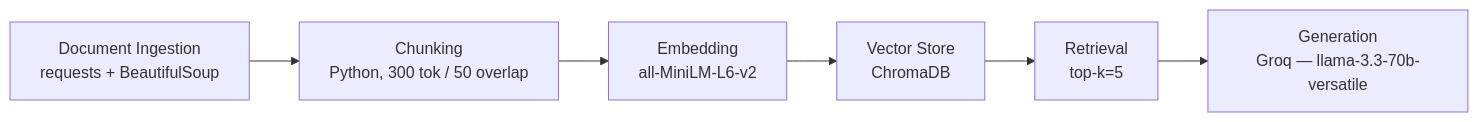
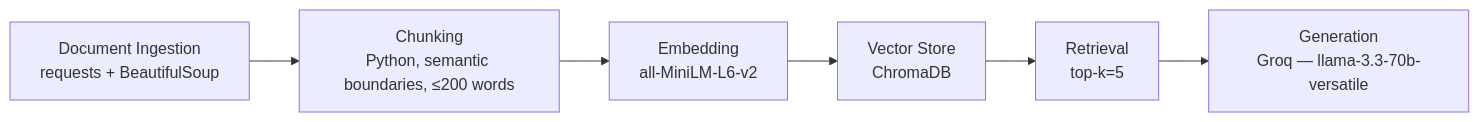
One commit to linneacastro/ai201-project1-unofficial-guide-starter changed the diagram in planning.md. Above: the diagram before and after it, drawn with Mermaid. The commit also changed other lines of this file and 14 other files, not shown here.

First line of the commit message:
Implement Milestone 3: document corpus, semantic chunking pipeline

````diff
--- a/planning.md
+++ b/planning.md
@@ -113,8 +127,8 @@
 ```mermaid
 flowchart LR
-    A[Document Ingestion\nrequests + BeautifulSoup] --> B[Chunking\nPython, 300 tok / 50 overlap]
+    A[Document Ingestion\nrequests + BeautifulSoup] --> B[Chunking\nPython, semantic boundaries, ≤200 words]
     B --> C[Embedding\nall-MiniLM-L6-v2]
     C --> D[Vector Store\nChromaDB]
     D --> E[Retrieval\ntop-k=5]
     E --> F[Generation\nGroq — llama-3.3-70b-versatile]
 ```
````
